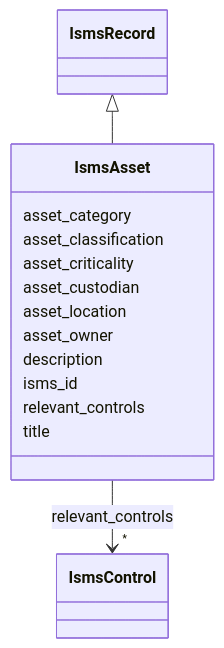
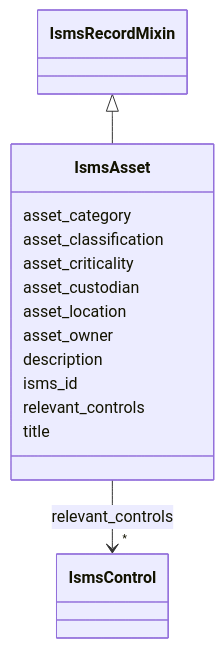
One commit to lmodel/iso27001 changed the diagram in project/mermaid/IsmsAsset.md. Above: the diagram before and after it, drawn with Mermaid. The commit also changed 171 other files, not shown here.

Commit message:
refactor(schema): make the record base a mixin so adapt can root records

````diff
--- a/project/mermaid/IsmsAsset.md
+++ b/project/mermaid/IsmsAsset.md
@@ -4,38 +4,38 @@
 ```mermaid
  classDiagram
     class IsmsAsset
     click IsmsAsset href "../IsmsAsset"
-      IsmsRecord <|-- IsmsAsset
-        click IsmsRecord href "../IsmsRecord"
+      IsmsRecordMixin <|-- IsmsAsset
+        click IsmsRecordMixin href "../IsmsRecordMixin"
       
       IsmsAsset : asset_category
         
       IsmsAsset : asset_classification
         
       IsmsAsset : asset_criticality
         
       IsmsAsset : asset_custodian
         
       IsmsAsset : asset_location
         
       IsmsAsset : asset_owner
         
       IsmsAsset : description
         
       IsmsAsset : isms_id
         
       IsmsAsset : relevant_controls
         
           
     
         
         
         IsmsAsset --> "*" IsmsControl : relevant_controls
         click IsmsControl href "../IsmsControl"
     
 
         
       IsmsAsset : title
         
       
 ```
````
